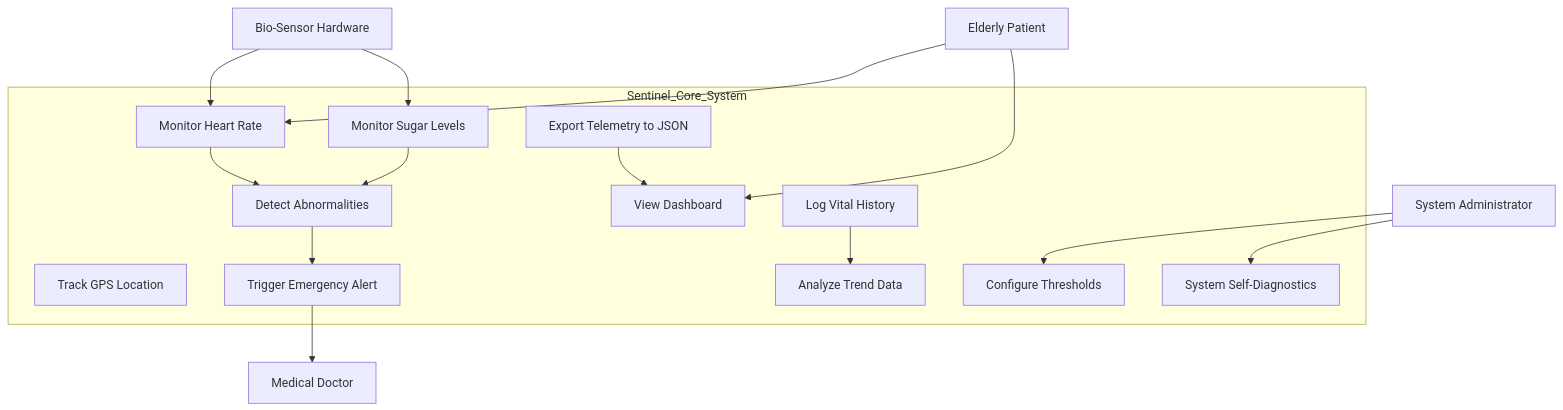
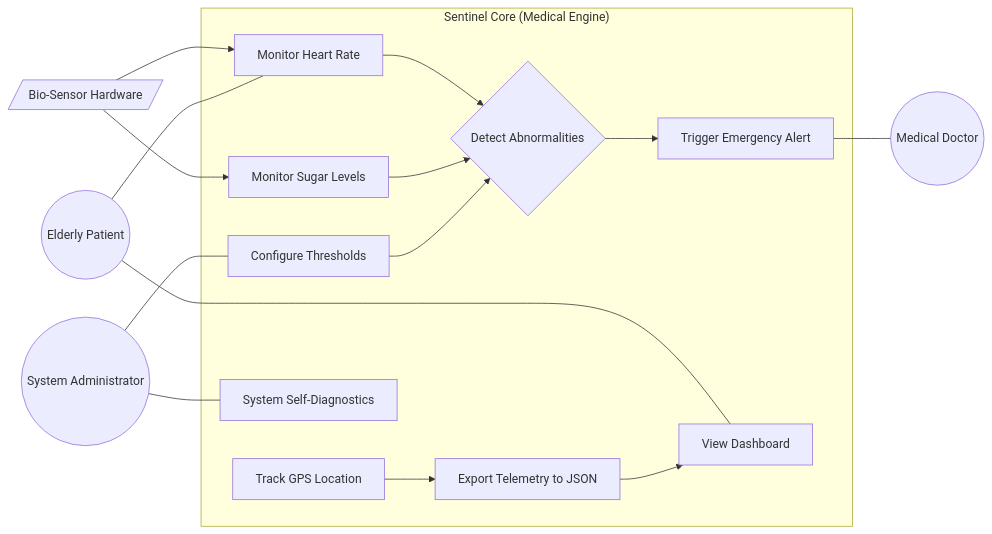
Before and after one commit to INeZloy/sentinel-core: the second of 4 diagrams in README.md, drawn with Mermaid. The commit also changed other lines of this file, not shown here.

````diff
--- a/README.md
+++ b/README.md
@@ -47,34 +47,40 @@
 ```mermaid
-graph TD
-    Patient["Elderly Patient"]
-    Doctor["Medical Doctor"]
-    Admin["System Administrator"]
-    Sensor["Bio-Sensor Hardware"]
+graph LR
+    %% Actors
+    Patient(("Elderly Patient"))
+    Doctor(("Medical Doctor"))
+    Admin(("System Administrator"))
+    Sensor[/"Bio-Sensor Hardware"/]
 
-    subgraph Sentinel_Core_System
+    %% System Boundary
+    subgraph Sentinel_Core_System ["Sentinel Core (Medical Engine)"]
         UC1[Monitor Heart Rate]
         UC2[Monitor Sugar Levels]
         UC3[Track GPS Location]
-        UC4[Detect Abnormalities]
+        UC4{Detect Abnormalities}
         UC5[Trigger Emergency Alert]
         UC6[Export Telemetry to JSON]
         UC7[View Dashboard]
         UC8[Configure Thresholds]
         UC9[System Self-Diagnostics]
-        UC10[Log Vital History]
-        UC11[Analyze Trend Data]
     end
 
+    %% Relationships
     Sensor --> UC1
     Sensor --> UC2
-    Patient --> UC1
-    Patient --> UC7
+    Patient --- UC1
+    Patient --- UC7
+    
     UC1 --> UC4
     UC2 --> UC4
+    UC3 --> UC6
+    
     UC4 --> UC5
-    UC5 --> Doctor
+    UC5 --- Doctor
+    
     UC6 --> UC7
-    Admin --> UC8
-    Admin --> UC9
-    UC10 --> UC11
+    
+    Admin --- UC8
+    Admin --- UC9
+    UC8 --> UC4
 ```
````
